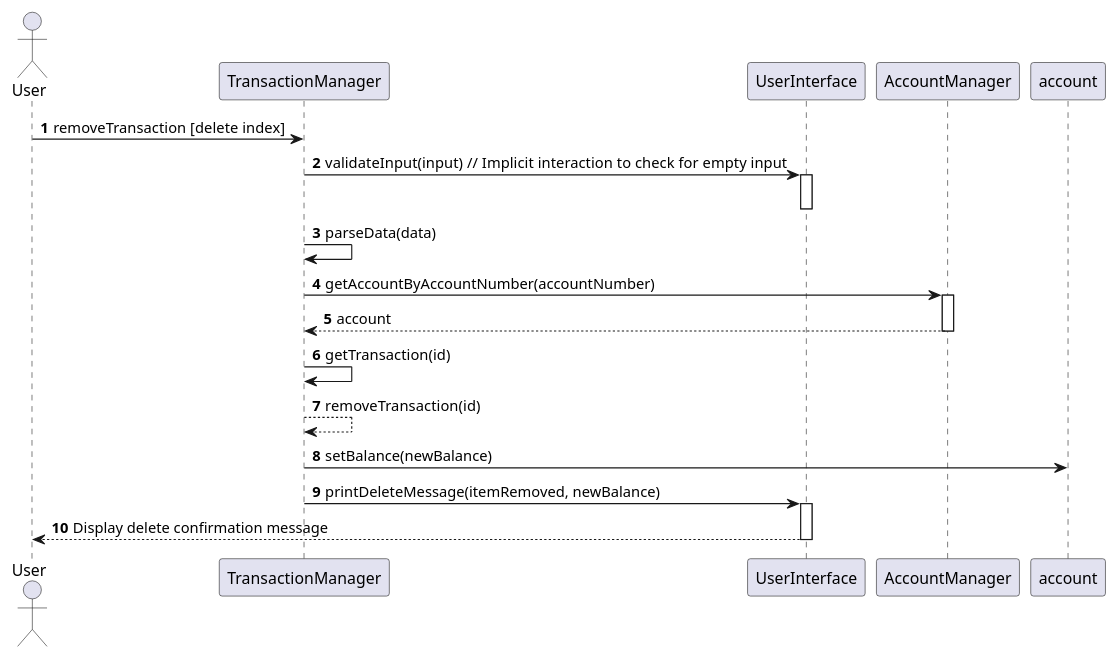
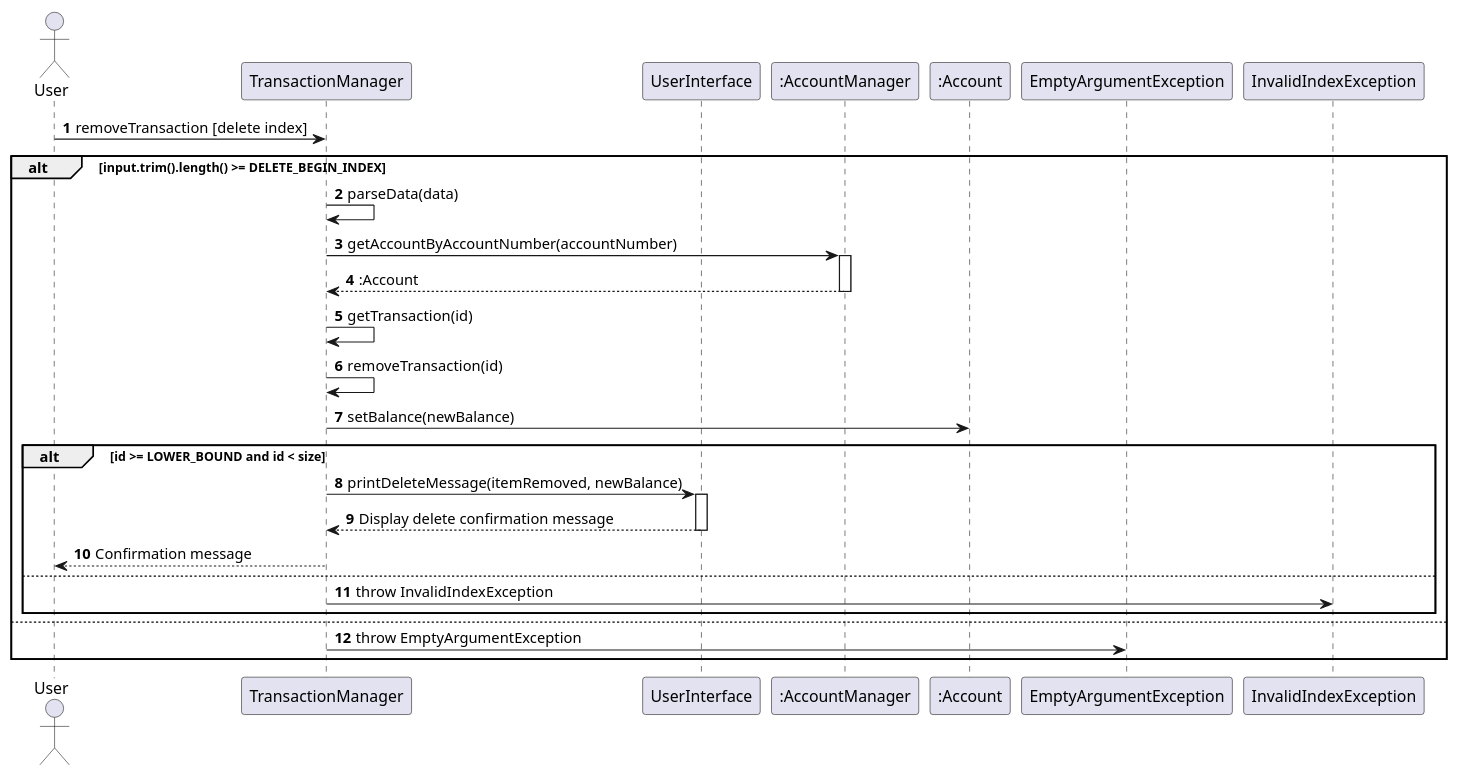
Before and after one commit to Vavinan/tp: the diagram in docs/uml/removeTransactionDiagram.puml, drawn with PlantUML. The commit also changed 1 other file, not shown here.

Commit message:
Update UML diagram for removeTransaction

```diff
--- a/docs/uml/removeTransactionDiagram.puml
+++ b/docs/uml/removeTransactionDiagram.puml
@@ -1,27 +1,39 @@
 @startuml
 'https://plantuml.com/sequence-diagram
 
 autonumber
 
 actor User
 participant "TransactionManager" as TM
 participant "UserInterface" as UI
-participant "AccountManager" as AM
+participant ":AccountManager" as AM
+participant ":Account" as AC
+participant "EmptyArgumentException" as EAE
+participant "InvalidIndexException" as IIE
+User -> TM: removeTransaction [delete index]
 
-User -> TM: removeTransaction [delete index]
-TM -> UI: validateInput(input)  // Implicit interaction to check for empty input
-activate UI
-deactivate UI
-TM -> TM: parseData(data)
-TM -> AM: getAccountByAccountNumber(accountNumber)
-activate AM
-AM --> TM: account
-deactivate AM
-TM -> TM: getTransaction(id)
-TM --> TM: removeTransaction(id)
-TM -> account: setBalance(newBalance)
-TM -> UI: printDeleteMessage(itemRemoved, newBalance)
-activate UI
-UI --> User: Display delete confirmation message
-deactivate UI
+alt input.trim().length() >= DELETE_BEGIN_INDEX
+    TM -> TM: parseData(data)
+    TM -> AM: getAccountByAccountNumber(accountNumber)
+    activate AM
+    AM --> TM: :Account
+    deactivate AM
+
+    TM -> TM: getTransaction(id)
+    TM -> TM: removeTransaction(id)
+
+    TM -> AC: setBalance(newBalance)
+
+    alt id >= LOWER_BOUND and id < size
+        TM -> UI: printDeleteMessage(itemRemoved, newBalance)
+        activate UI
+        UI --> TM: Display delete confirmation message
+        deactivate UI
+        TM --> User: Confirmation message
+    else
+        TM -> IIE: throw InvalidIndexException
+    end
+else
+    TM -> EAE: throw EmptyArgumentException
+    end
 @enduml
```
